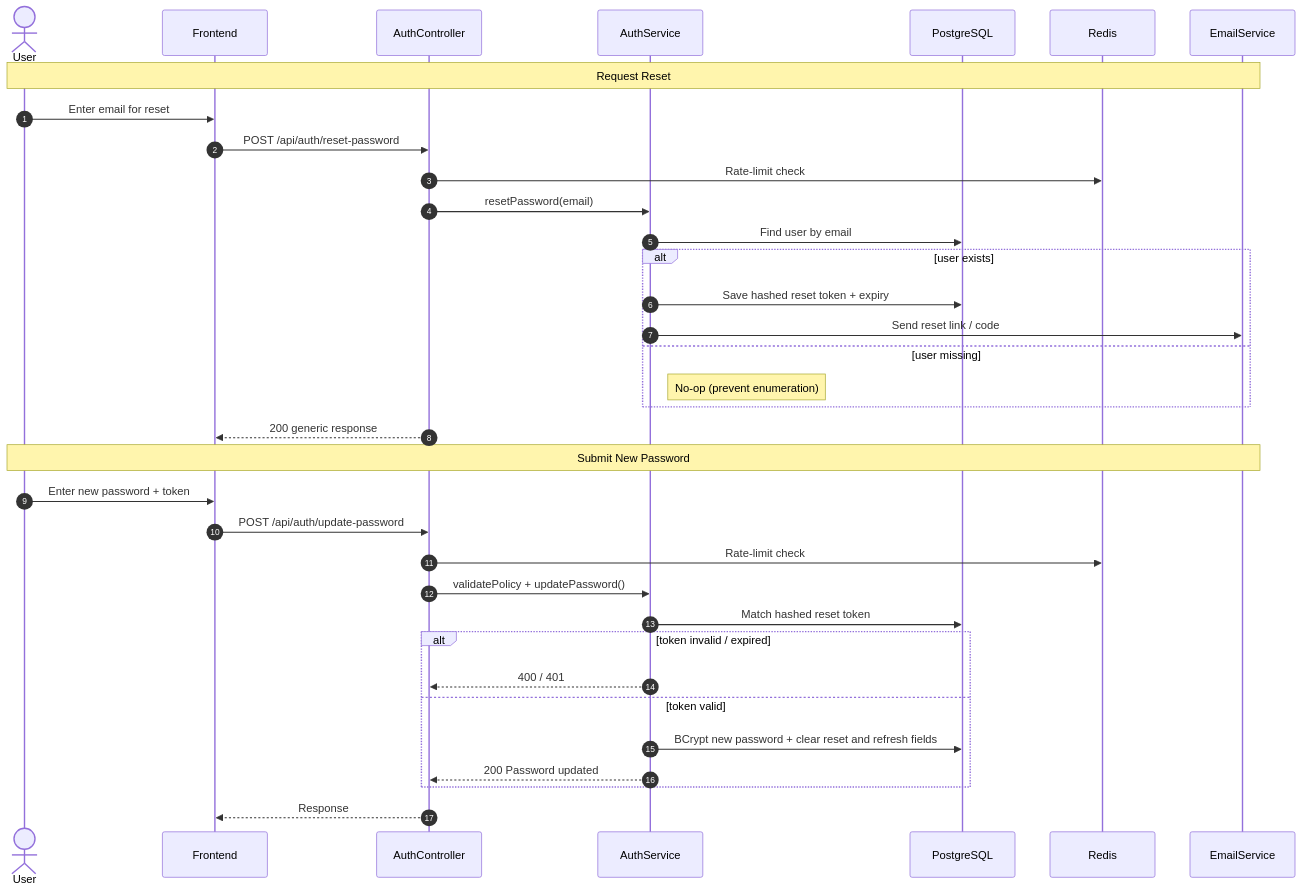
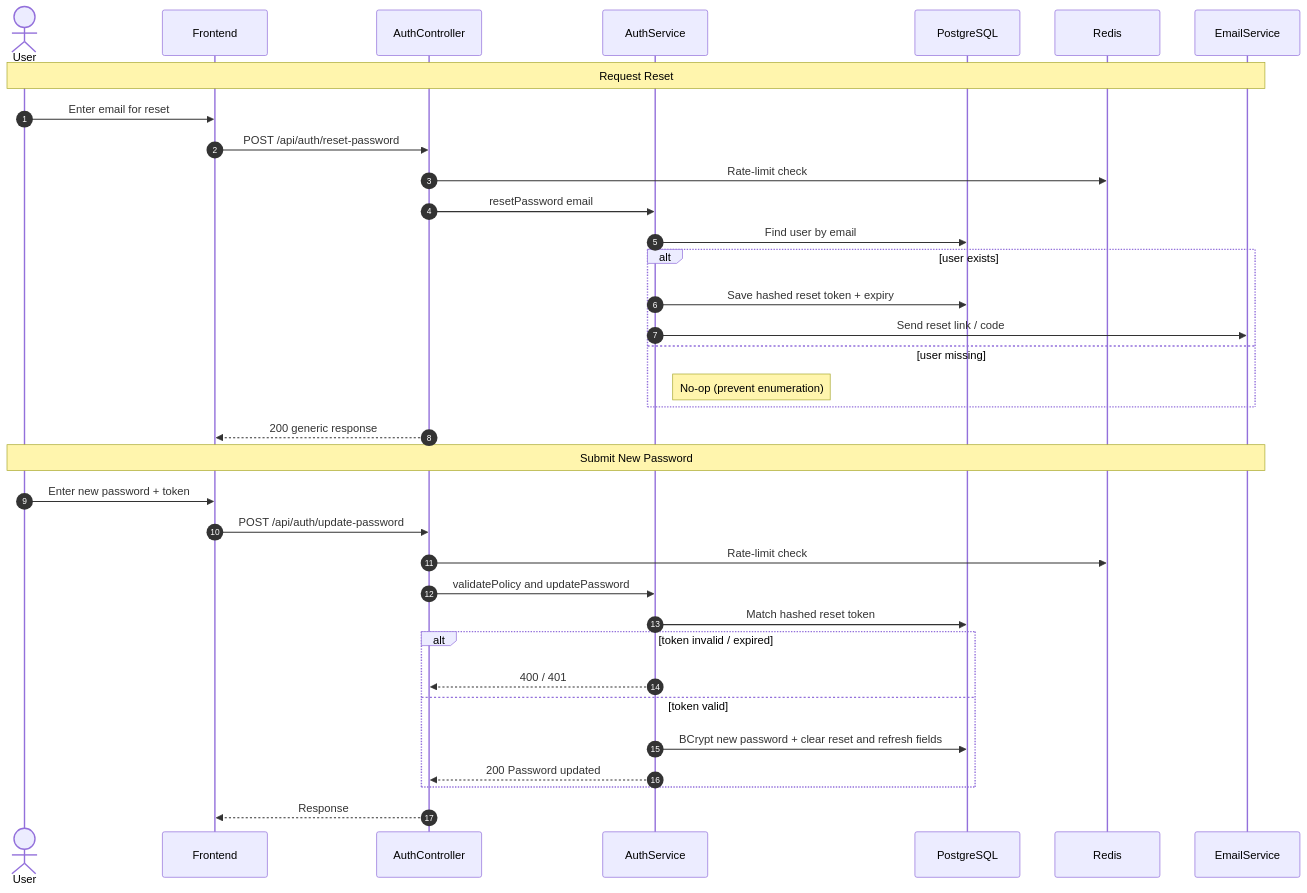
The eighth of 12 diagrams in README.md (himanshugupta91/Full-Stack-Authentication-System), drawn with Mermaid before and after one commit. The commit also changed other lines of this file, not shown here.

Commit message:
Fix all mermaid diagrams: remove special chars, parentheses, quotes, and Unicode from labels

````diff
--- a/README.md
+++ b/README.md
@@ -389,39 +389,39 @@
 ```mermaid
 sequenceDiagram
     autonumber
     actor User
     participant FE as Frontend
     participant API as AuthController
     participant SVC as AuthService
     participant DB as PostgreSQL
     participant REDIS as Redis
     participant MAIL as EmailService
 
     Note over User,MAIL: Request Reset
     User->>FE: Enter email for reset
     FE->>API: POST /api/auth/reset-password
     API->>REDIS: Rate-limit check
-    API->>SVC: resetPassword(email)
+    API->>SVC: resetPassword email
     SVC->>DB: Find user by email
     alt user exists
         SVC->>DB: Save hashed reset token + expiry
         SVC->>MAIL: Send reset link / code
     else user missing
         Note right of SVC: No-op (prevent enumeration)
     end
     API-->>FE: 200 generic response
 
     Note over User,MAIL: Submit New Password
     User->>FE: Enter new password + token
     FE->>API: POST /api/auth/update-password
     API->>REDIS: Rate-limit check
-    API->>SVC: validatePolicy + updatePassword()
+    API->>SVC: validatePolicy and updatePassword
     SVC->>DB: Match hashed reset token
     alt token invalid / expired
         SVC-->>API: 400 / 401
     else token valid
         SVC->>DB: BCrypt new password + clear reset and refresh fields
         SVC-->>API: 200 Password updated
     end
     API-->>FE: Response
 ```
````
